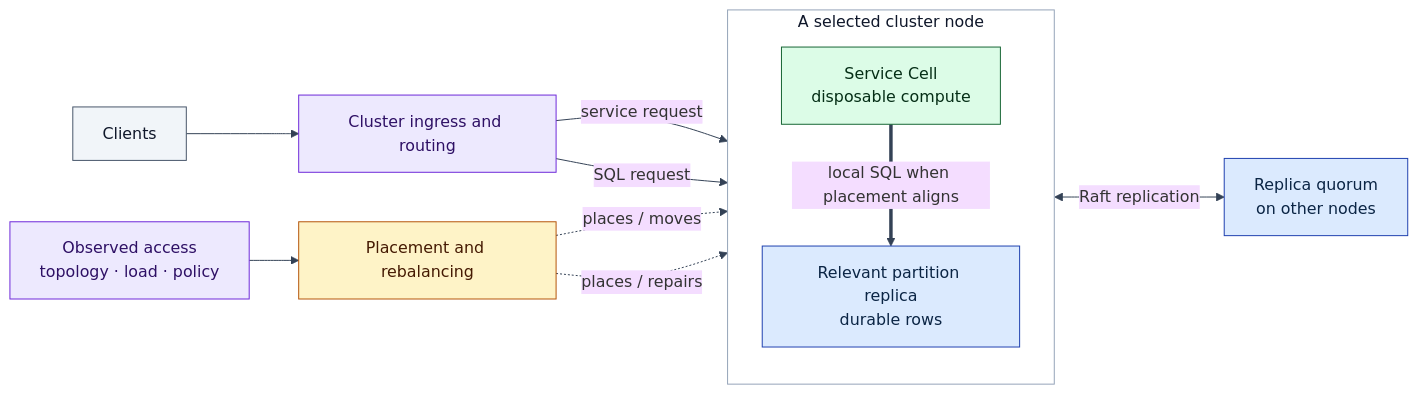
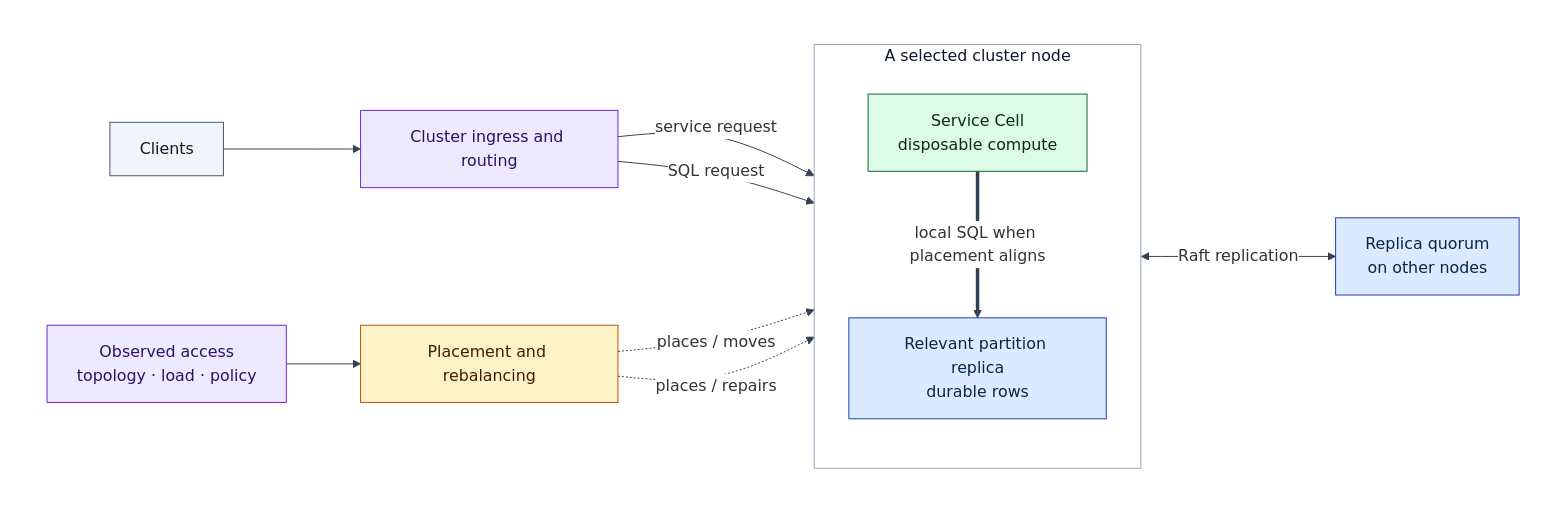
The diagram in architecture/INDEX.md (psvensson/lagrange), drawn with Mermaid before and after one commit. The commit also changed 3 other files, not shown here.

Commit message:
Draw explicit white Mermaid canvases

````diff
--- a/architecture/INDEX.md
+++ b/architecture/INDEX.md
@@ -20,27 +20,31 @@
 ```mermaid
-%%{init: {'theme':'base','darkMode':false,'themeCSS':'svg { background-color: #ffffff !important; }','themeVariables':{'background':'#ffffff','lineColor':'#334155','textColor':'#0f172a'}}}%%
+%%{init: {'theme':'base','darkMode':false,'themeVariables':{'background':'#ffffff','clusterBkg':'#ffffff','clusterBorder':'#94a3b8','edgeLabelBackground':'#ffffff','lineColor':'#334155','textColor':'#0f172a'}}}%%
 flowchart LR
-  CLIENT["Clients"]:::ext --> ROUTE["Cluster ingress and routing"]:::move
+  subgraph CANVAS[" "]
+    direction LR
+    CLIENT["Clients"]:::ext --> ROUTE["Cluster ingress and routing"]:::move
 
-  subgraph NODE["A selected cluster node"]
-    direction TB
-    CELL["Service Cell<br/>disposable compute"]:::svc
-    REPLICA["Relevant partition replica<br/>durable rows"]:::data
-    CELL ==>|"local SQL when placement aligns"| REPLICA
+    subgraph NODE["A selected cluster node"]
+      direction TB
+      CELL["Service Cell<br/>disposable compute"]:::svc
+      REPLICA["Relevant partition replica<br/>durable rows"]:::data
+      CELL ==>|"local SQL when placement aligns"| REPLICA
+    end
+
+    ROUTE -->|"service request"| CELL
+    ROUTE -->|"SQL request"| REPLICA
+    REPLICA <-->|"Raft replication"| PEERS["Replica quorum<br/>on other nodes"]:::data
+
+    EVIDENCE["Observed access<br/>topology · load · policy"]:::move --> PLACE["Placement and rebalancing"]:::ctrl
+    PLACE -. "places / moves" .-> CELL
+    PLACE -. "places / repairs" .-> REPLICA
   end
 
-  ROUTE -->|"service request"| CELL
-  ROUTE -->|"SQL request"| REPLICA
-  REPLICA <-->|"Raft replication"| PEERS["Replica quorum<br/>on other nodes"]:::data
-
-  EVIDENCE["Observed access<br/>topology · load · policy"]:::move --> PLACE["Placement and rebalancing"]:::ctrl
-  PLACE -. "places / moves" .-> CELL
-  PLACE -. "places / repairs" .-> REPLICA
-
+  style CANVAS fill:#ffffff,stroke:#ffffff,color:#0f172a
   style NODE fill:#ffffff,stroke:#94a3b8,color:#0f172a
   classDef data fill:#dbeafe,stroke:#1e40af,color:#0b2545
   classDef svc fill:#dcfce7,stroke:#166534,color:#052e16
   classDef ctrl fill:#fef3c7,stroke:#b45309,color:#451a03
   classDef move fill:#ede9fe,stroke:#6d28d9,color:#2e1065
   classDef ext fill:#f1f5f9,stroke:#475569,color:#0f172a
 ```
````
